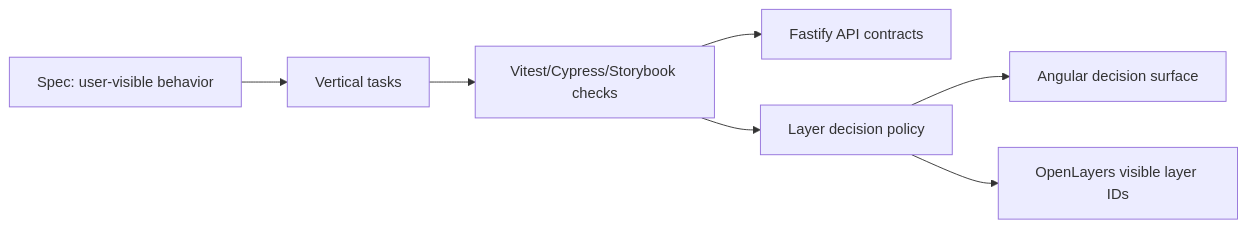
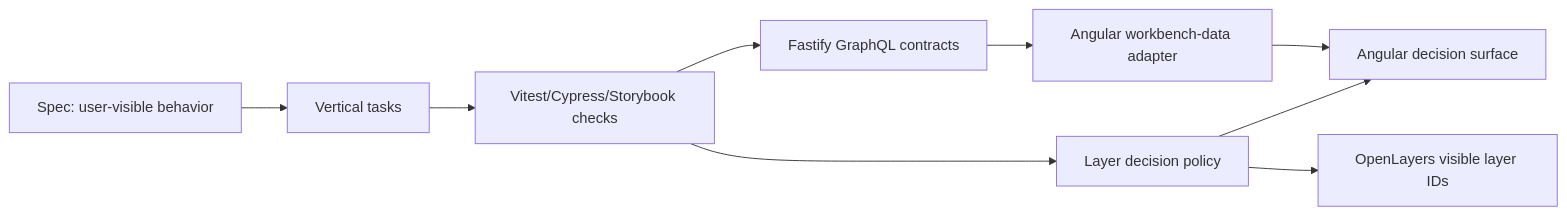
Before and after one commit to arek-e/metria-workshop-demo: the diagram in .agents/docs/architecture.md, drawn with Mermaid. The commit also changed other lines of this file and 37 other files, not shown here.

Commit message:
feat: load map workbench data via GraphQL

````diff
--- a/.agents/docs/architecture.md
+++ b/.agents/docs/architecture.md
@@ -9,9 +9,11 @@
 ```mermaid
 flowchart LR
   Spec["Spec: user-visible behavior"] --> Tasks["Vertical tasks"]
   Tasks --> Tests["Vitest/Cypress/Storybook checks"]
-  Tests --> API["Fastify API contracts"]
+  Tests --> API["Fastify GraphQL contracts"]
+  API --> Data["Angular workbench-data adapter"]
   Tests --> Policy["Layer decision policy"]
-  Policy --> UI["Angular decision surface"]
+  Data --> UI["Angular decision surface"]
+  Policy --> UI
   Policy --> Map["OpenLayers visible layer IDs"]
 ```
````
